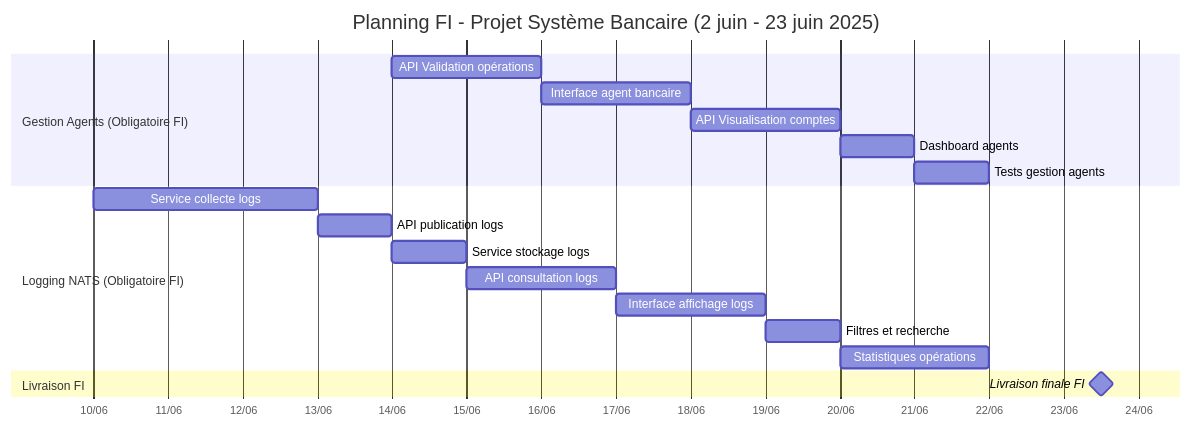
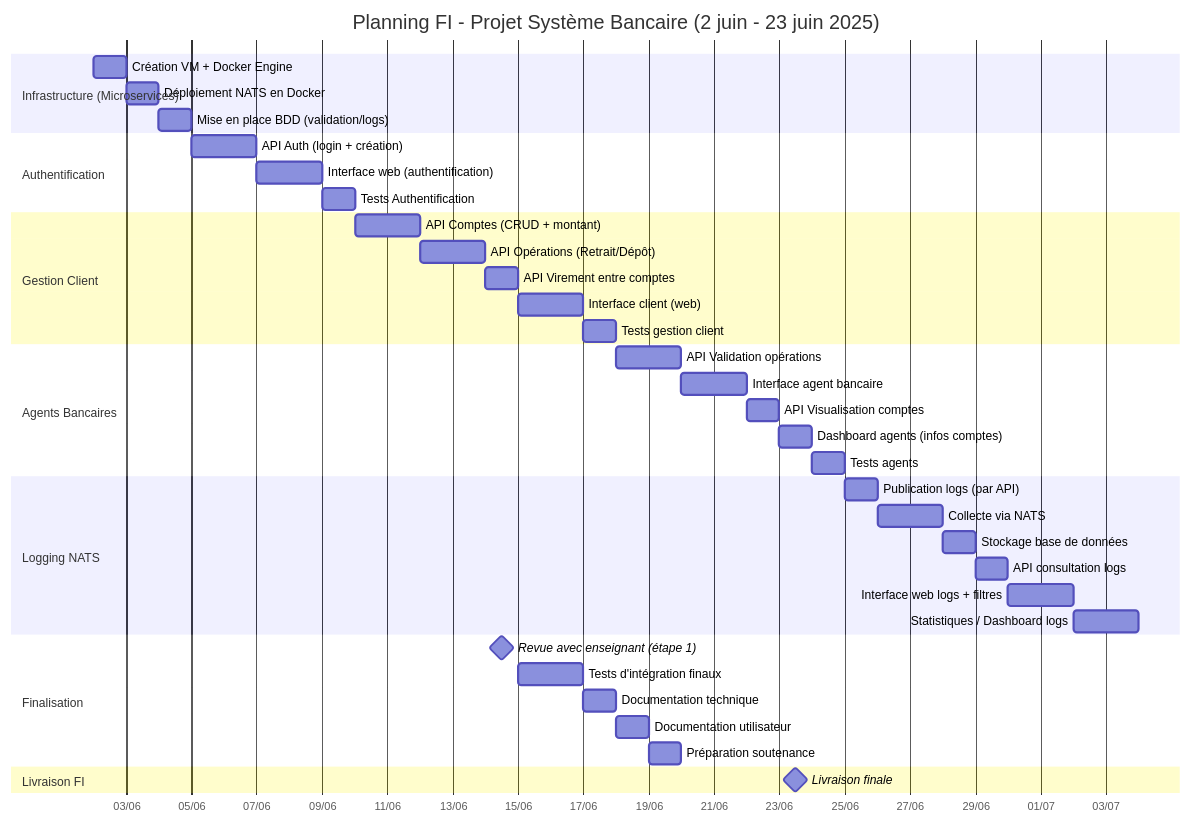
One commit to LOIC-only-one/sae_bank_leading changed the diagram in README.md. Above: the diagram before and after it, drawn with Mermaid.

````diff
--- a/README.md
+++ b/README.md
@@ -1,25 +1,48 @@
 ```mermaid
 gantt
     title Planning FI - Projet Système Bancaire (2 juin - 23 juin 2025)
     dateFormat  YYYY-MM-DD
     axisFormat  %d/%m
 
-    section Gestion Agents (Obligatoire FI)
-    API Validation opérations     :agent-api, 2025-06-14, 2d
-    Interface agent bancaire      :agent-ui, after agent-api, 2d
-    API Visualisation comptes     :view-api, after agent-ui, 2d
-    Dashboard agents              :dashboard, after view-api, 1d
-    Tests gestion agents          :agent-test, after dashboard, 1d
+    section Infrastructure (Microservices)
+    Création VM + Docker Engine     :vm-setup, 2025-06-02, 1d
+    Déploiement NATS en Docker      :nats-docker, after vm-setup, 1d
+    Mise en place BDD (validation/logs) :db-setup, after nats-docker, 1d
 
-    section Logging NATS (Obligatoire FI)
-    Service collecte logs         :log-collect, 2025-06-10, 3d
-    API publication logs          :log-publish, after log-collect, 1d
-    Service stockage logs         :log-storage, after log-publish, 1d
-    API consultation logs         :log-api, after log-storage, 2d
-    Interface affichage logs      :log-ui, after log-api, 2d
-    Filtres et recherche          :log-filters, after log-ui, 1d
-    Statistiques opérations       :log-stats, after log-filters, 2d
+    section Authentification
+    API Auth (login + création)     :auth-api, after db-setup, 2d
+    Interface web (authentification):auth-ui, after auth-api, 2d
+    Tests Authentification          :auth-test, after auth-ui, 1d
+
+    section Gestion Client
+    API Comptes (CRUD + montant)    :client-api, after auth-test, 2d
+    API Opérations (Retrait/Dépôt)  :ops-api, after client-api, 2d
+    API Virement entre comptes      :virement-api, after ops-api, 1d
+    Interface client (web)          :client-ui, after virement-api, 2d
+    Tests gestion client            :client-test, after client-ui, 1d
+
+    section Agents Bancaires
+    API Validation opérations       :agent-api, after client-test, 2d
+    Interface agent bancaire        :agent-ui, after agent-api, 2d
+    API Visualisation comptes       :view-api, after agent-ui, 1d
+    Dashboard agents (infos comptes):dashboard-agent, after view-api, 1d
+    Tests agents                    :agent-test, after dashboard-agent, 1d
+
+    section Logging NATS
+    Publication logs (par API)      :log-publish, after agent-test, 1d
+    Collecte via NATS               :log-collect, after log-publish, 2d
+    Stockage base de données        :log-db, after log-collect, 1d
+    API consultation logs           :log-api, after log-db, 1d
+    Interface web logs + filtres    :log-ui, after log-api, 2d
+    Statistiques / Dashboard logs   :log-stats, after log-ui, 2d
+
+    section Finalisation
+    Revue avec enseignant (étape 1) :milestone, checkpoint1, 2025-06-14, 1d
+    Tests d'intégration finaux      :integration, after checkpoint1, 2d
+    Documentation technique         :doc-tech, after integration, 1d
+    Documentation utilisateur       :doc-user, after doc-tech, 1d
+    Préparation soutenance          :prep, after doc-user, 1d
 
     section Livraison FI
-    Livraison finale FI           :milestone, delivery-fi, 2025-06-23, 1d
+    Livraison finale                :milestone, delivery-fi, 2025-06-23, 1d
 ```
````
